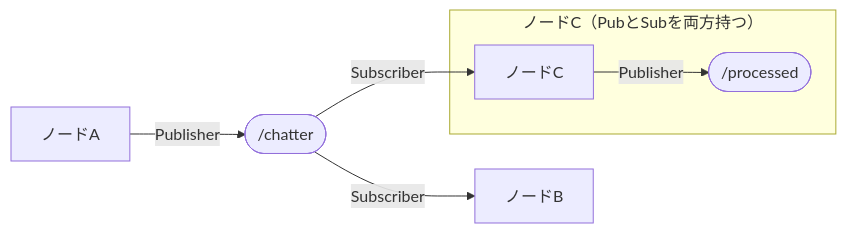
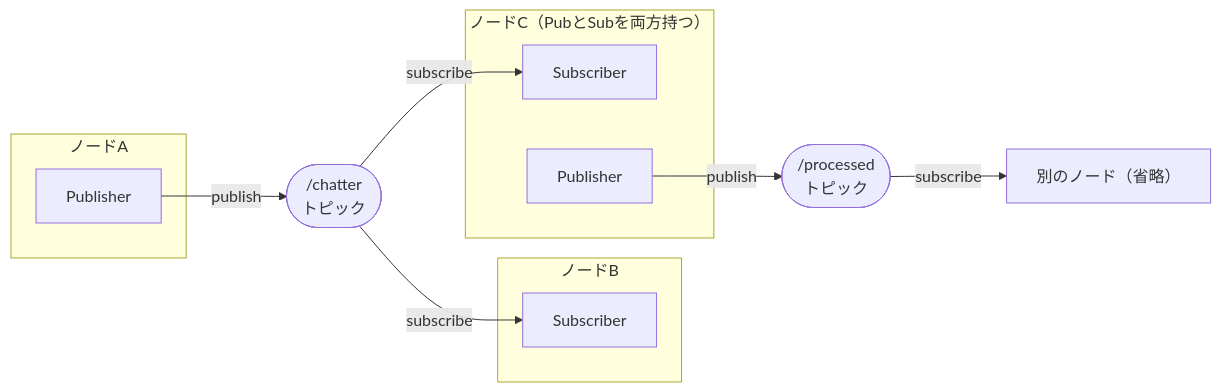
Before and after one commit to Harlequinade1123/ros1-tutorials: the second of 4 diagrams in docs/04_publisher_subscriber.md, drawn with Mermaid. The commit also changed other lines of this file, not shown here.

Commit message:
docs: redesign Publisher/Subscriber concept diagrams and clarify explanations in ch.4

````diff
--- a/docs/04_publisher_subscriber.md
+++ b/docs/04_publisher_subscriber.md
@@ -35,11 +37,22 @@
 ```mermaid
 graph LR
-    ch(["/chatter"])
-    pr(["/processed"])
-    NA["ノードA"] -->|"Publisher"| ch
-    ch -->|"Subscriber"| NB["ノードB"]
-    ch -->|"Subscriber"| NC
-    subgraph "ノードC（PubとSubを両方持つ）"
-        NC["ノードC"] -->|"Publisher"| pr
+    subgraph nodeA ["ノードA"]
+        pubA["Publisher"]
     end
+    ch(["/chatter<br/>トピック"])
+    subgraph nodeB ["ノードB"]
+        subB["Subscriber"]
+    end
+    subgraph nodeC ["ノードC（PubとSubを両方持つ）"]
+        subC["Subscriber"]
+        pubC["Publisher"]
+    end
+    pr(["/processed<br/>トピック"])
+    ds["別のノード（省略）"]
+
+    pubA -->|"publish"| ch
+    ch -->|"subscribe"| subB
+    ch -->|"subscribe"| subC
+    pubC -->|"publish"| pr
+    pr -->|"subscribe"| ds
 ```
````
